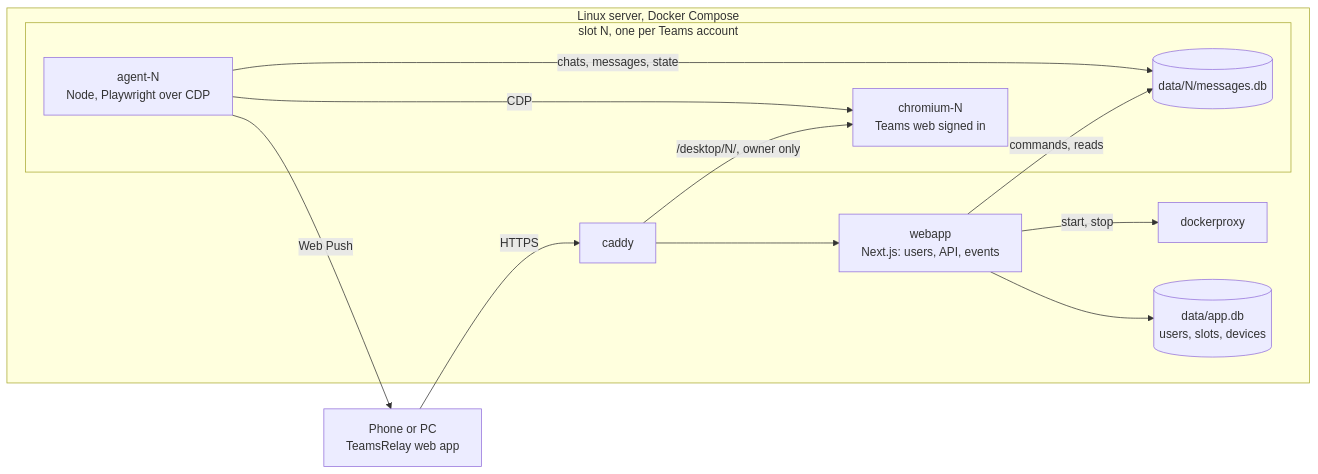
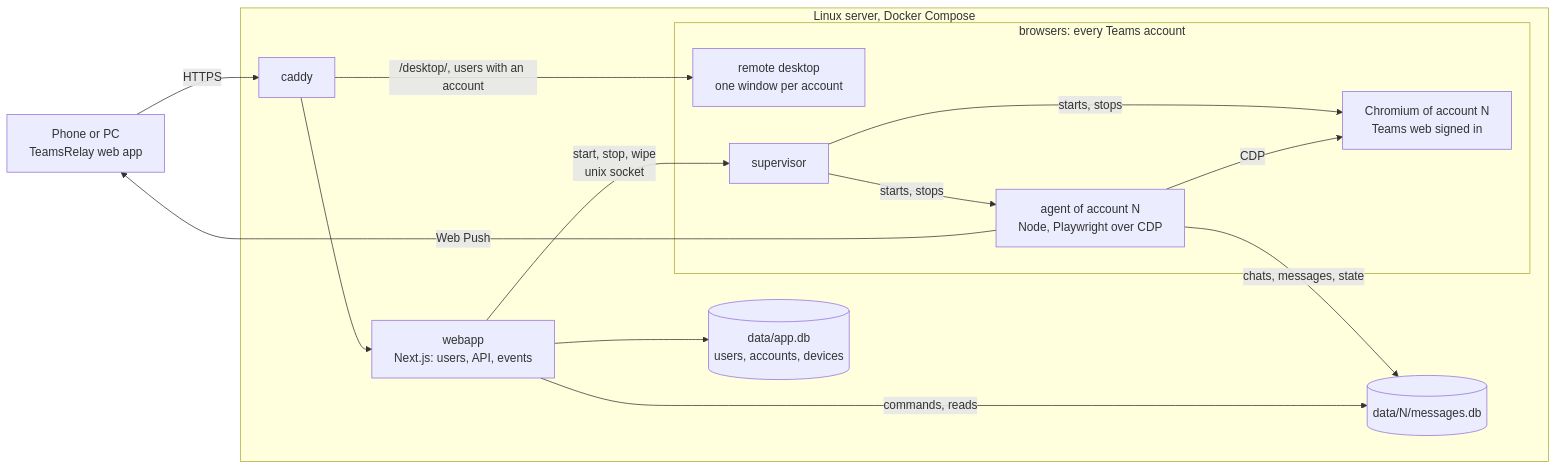
The diagram in README.md (Aptul9/teamsrelay), drawn with Mermaid before and after one commit. The commit also changed other lines of this file and 8 other files, not shown here.

Commit message:
docs: browsers container, one desktop, supervisor

````diff
--- a/README.md
+++ b/README.md
@@ -9,19 +9,23 @@
 ```mermaid
 flowchart LR
   PH["Phone or PC<br/>TeamsRelay web app"] -- HTTPS --> CA["caddy"]
   subgraph Server["Linux server, Docker Compose"]
     CA --> WA["webapp<br/>Next.js: users, API, events"]
-    CA -- "/desktop/N/, owner only" --> CH
-    subgraph Slot["slot N, one per Teams account"]
-      CH["chromium-N<br/>Teams web signed in"]
-      AG["agent-N<br/>Node, Playwright over CDP"]
-      DB[("data/N/messages.db")]
+    CA -- "/desktop/, users with an account" --> DK
+    subgraph BR["browsers: every Teams account"]
+      SV["supervisor"]
+      DK["remote desktop<br/>one window per account"]
+      CH["Chromium of account N<br/>Teams web signed in"]
+      AG["agent of account N<br/>Node, Playwright over CDP"]
+      SV -- "starts, stops" --> CH
+      SV -- "starts, stops" --> AG
+      AG -- CDP --> CH
     end
+    DB[("data/N/messages.db")]
     WA -- "commands, reads" --> DB
     AG -- "chats, messages, state" --> DB
-    AG -- CDP --> CH
-    WA -- "start, stop" --> DP["dockerproxy"]
-    WA --> APP[("data/app.db<br/>users, slots, devices")]
+    WA -- "start, stop, wipe<br/>unix socket" --> SV
+    WA --> APP[("data/app.db<br/>users, accounts, devices")]
   end
   AG -- "Web Push" --> PH
 ```
````
